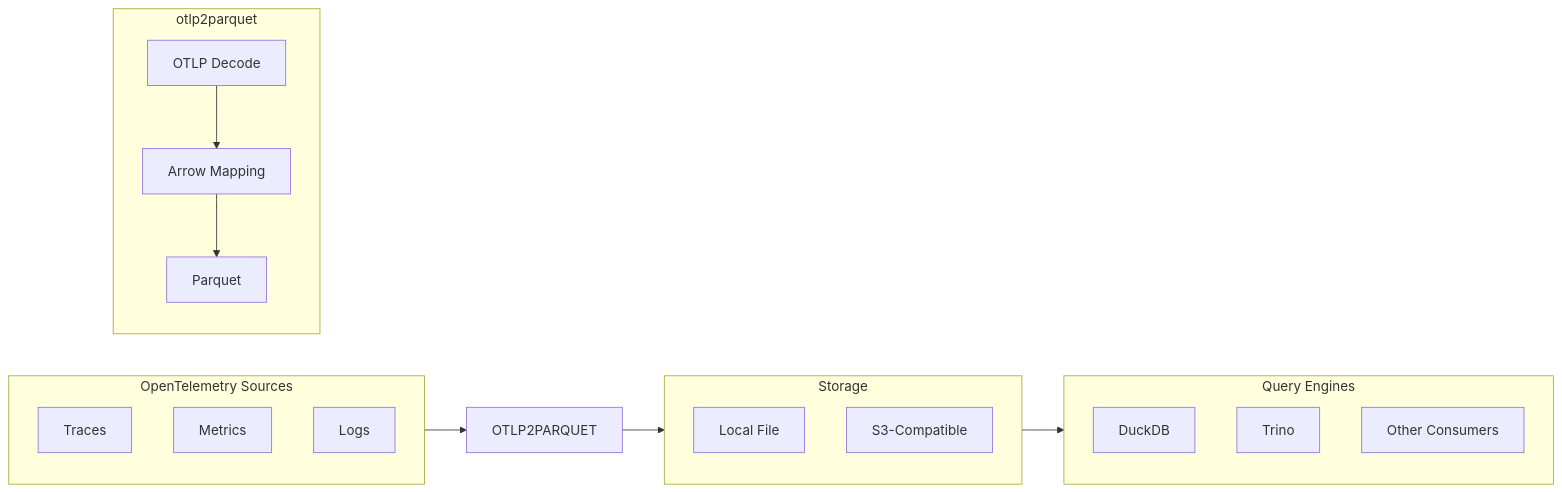
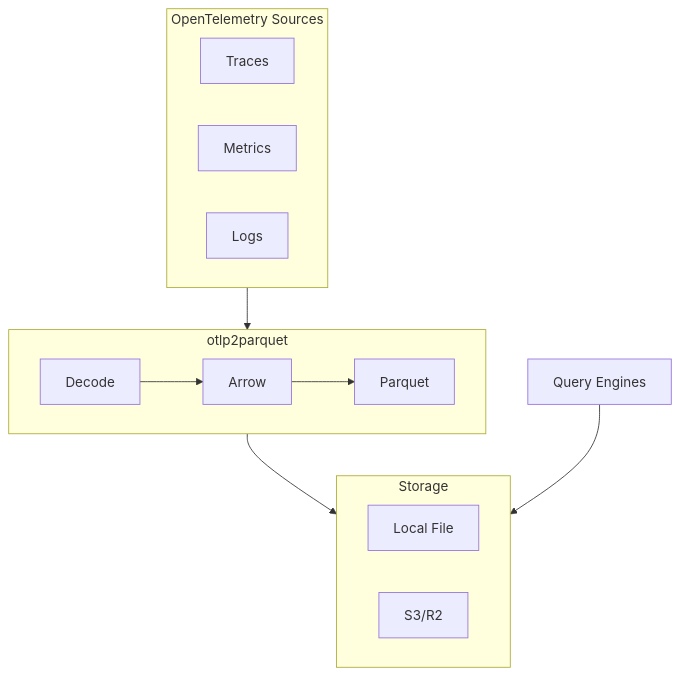
One commit to smithclay/otlp2parquet changed the diagram in README.md. Above: the diagram before and after it, drawn with Mermaid. The commit also changed other lines of this file, not shown here.

Commit message:
docs: fix mermaid chart

````diff
--- a/README.md
+++ b/README.md
@@ -11,27 +11,23 @@
 ```mermaid
-flowchart LR
+flowchart TB
     subgraph Sources["OpenTelemetry Sources"]
         Traces
         Metrics
         Logs
     end
 
-    subgraph otlp2parquet
-        Decode["OTLP Decode"] --> Arrow["Arrow Mapping"] --> Write["Parquet"]
+    subgraph otlp2parquet["otlp2parquet"]
+        Decode["Decode"] --> Arrow["Arrow"] --> Write["Parquet"]
     end
 
     subgraph Storage["Storage"]
         Local["Local File"]
-        S3["S3-Compatible"]
+        S3["S3/R2"]
     end
 
-    subgraph Query["Query Engines"]
-        DuckDB
-        Trino
-        Other["Other Consumers"]
-    end
+    Query["Query Engines"]
 
-    Sources --> OTLP2PARQUET
-    OTLP2PARQUET --> Storage
-    Storage --> Query
+    Sources --> otlp2parquet
+    otlp2parquet --> Storage
+    Query --> Storage
 ```
````
